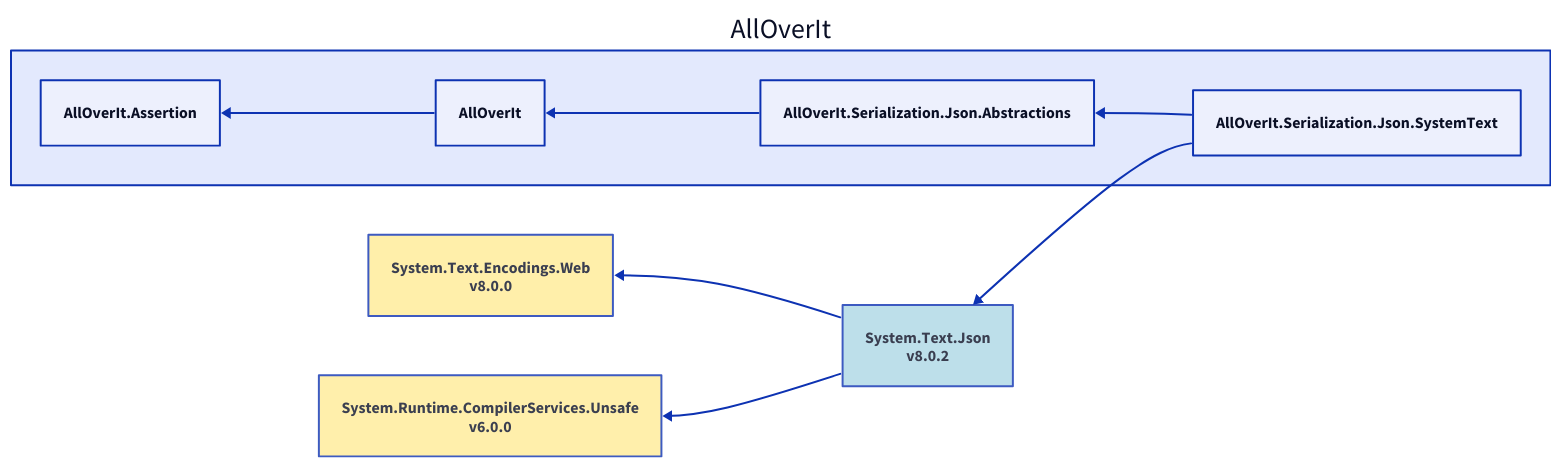
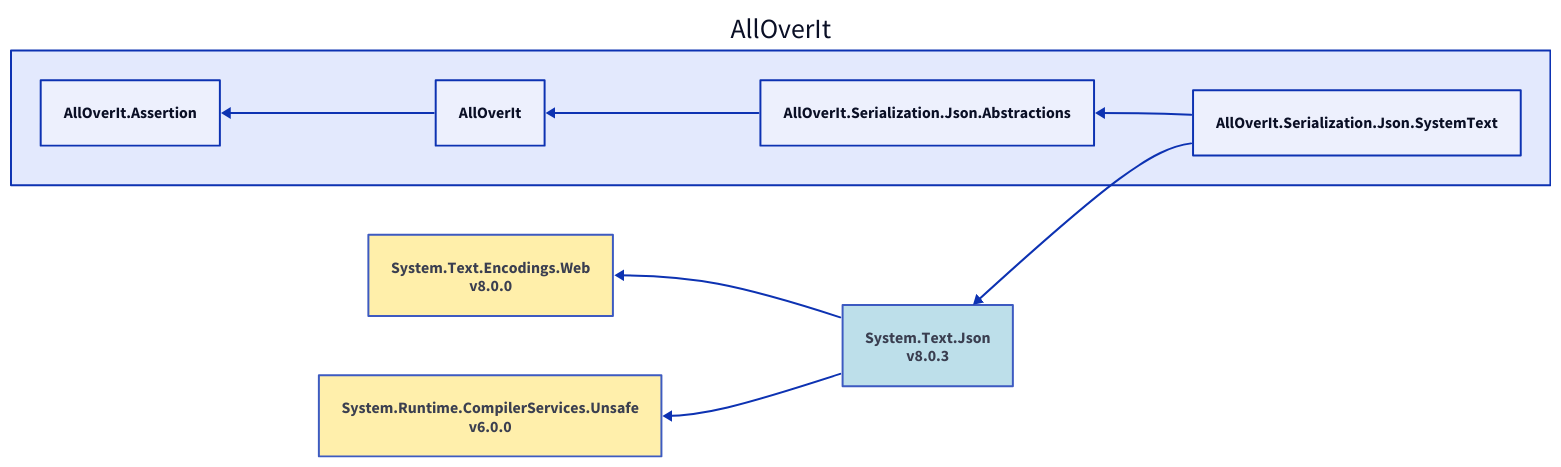
Before and after one commit to mjfreelancing/AllOverIt: the diagram in Docs/Reference/Content/images/dependencies/net8.0/alloverit-serialization-json-systemtext.d2, drawn with D2. The commit also changed 288 other files, not shown here.

```diff
--- a/Docs/Reference/Content/images/dependencies/net8.0/alloverit-serialization-json-systemtext.d2
+++ b/Docs/Reference/Content/images/dependencies/net8.0/alloverit-serialization-json-systemtext.d2
@@ -1,22 +1,22 @@
 direction: left
 
 aoi: AllOverIt
 aoi.alloverit-serialization-json-systemtext: AllOverIt.Serialization.Json.SystemText
-system-text-json_8-0-2: System.Text.Json\nv8.0.2
-system-text-json_8-0-2.style.fill: "#ADD8E6"
-system-text-json_8-0-2.style.opacity: 0.8
+system-text-json_8-0-3: System.Text.Json\nv8.0.3
+system-text-json_8-0-3.style.fill: "#ADD8E6"
+system-text-json_8-0-3.style.opacity: 0.8
 system-text-encodings-web_8-0-0: System.Text.Encodings.Web\nv8.0.0
 system-text-encodings-web_8-0-0.style.fill: "#FFEC96"
 system-text-encodings-web_8-0-0.style.opacity: 0.8
-system-text-encodings-web_8-0-0 <- system-text-json_8-0-2
+system-text-encodings-web_8-0-0 <- system-text-json_8-0-3
 system-runtime-compilerservices-unsafe_6-0-0: System.Runtime.CompilerServices.Unsafe\nv6.0.0
 system-runtime-compilerservices-unsafe_6-0-0.style.fill: "#FFEC96"
 system-runtime-compilerservices-unsafe_6-0-0.style.opacity: 0.8
-system-runtime-compilerservices-unsafe_6-0-0 <- system-text-json_8-0-2
-system-text-json_8-0-2 <- aoi.alloverit-serialization-json-systemtext
+system-runtime-compilerservices-unsafe_6-0-0 <- system-text-json_8-0-3
+system-text-json_8-0-3 <- aoi.alloverit-serialization-json-systemtext
 aoi.alloverit-serialization-json-abstractions: AllOverIt.Serialization.Json.Abstractions
 aoi.alloverit: AllOverIt
 aoi.alloverit-assertion: AllOverIt.Assertion
 aoi.alloverit-assertion <- aoi.alloverit
 aoi.alloverit <- aoi.alloverit-serialization-json-abstractions
 aoi.alloverit-serialization-json-abstractions <- aoi.alloverit-serialization-json-systemtext
```
